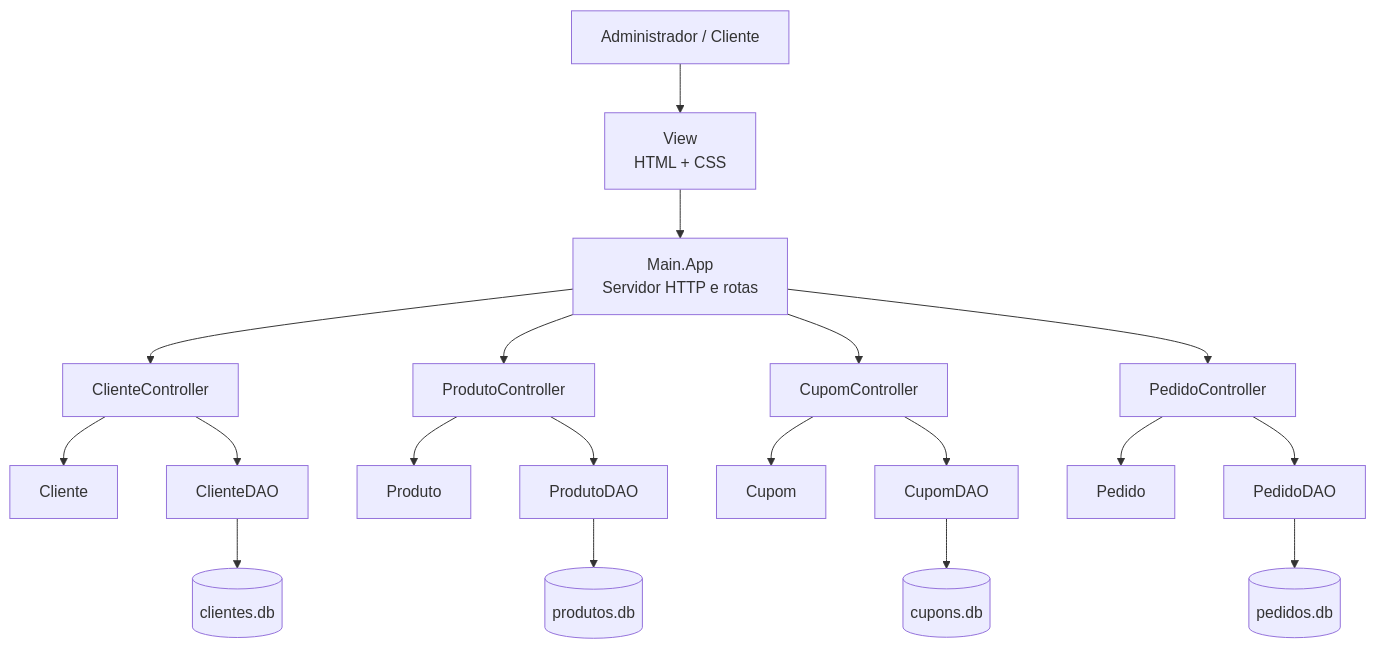
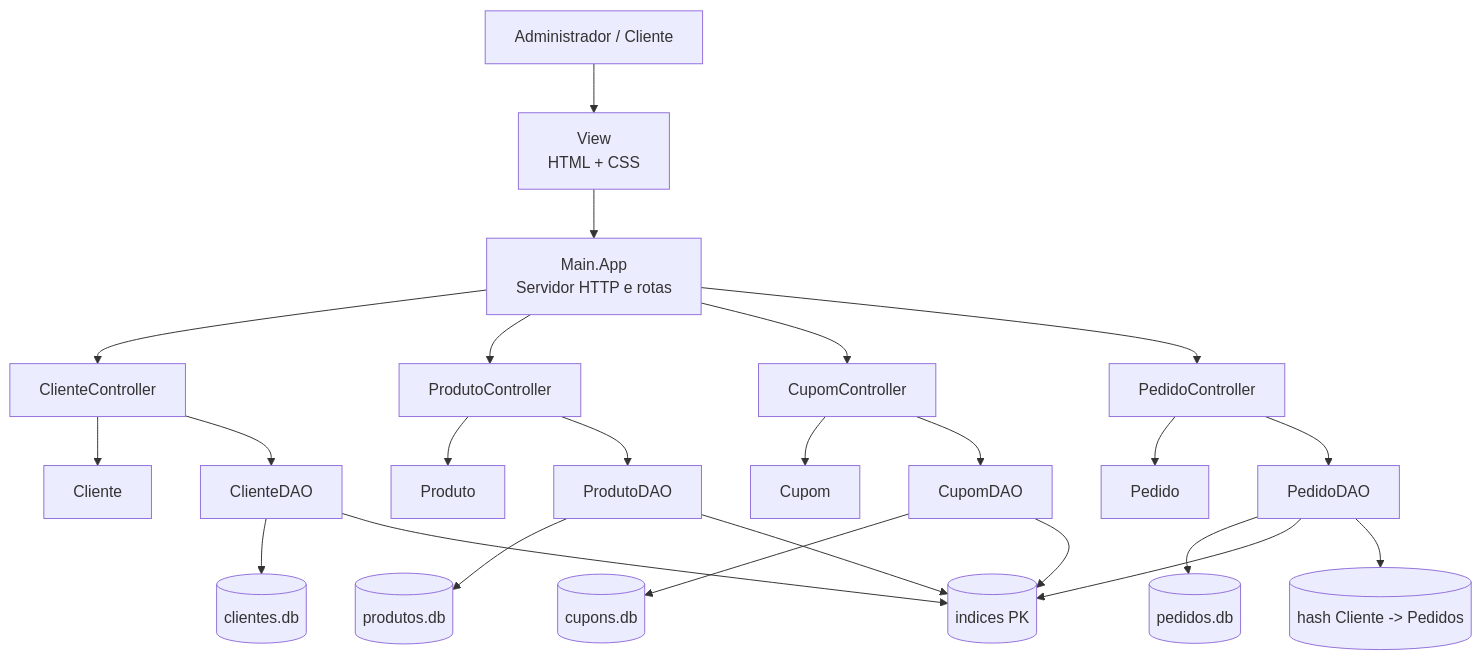
One commit to lucaszanfa/Tp-Aedes3 changed the third of 3 diagrams in docs/DocumentacaoCompleta.md. Above: the diagram before and after it, drawn with Mermaid. The commit also changed other lines of this file and 13 other files, not shown here.

````diff
--- a/docs/DocumentacaoCompleta.md
+++ b/docs/DocumentacaoCompleta.md
@@ -137,25 +138,30 @@
 ```mermaid
 flowchart TD
     U[Administrador / Cliente] --> V[View<br/>HTML + CSS]
     V --> A[Main.App<br/>Servidor HTTP e rotas]
 
     A --> CC[ClienteController]
     A --> PC[ProdutoController]
     A --> CuC[CupomController]
     A --> PeC[PedidoController]
 
     CC --> M1[Cliente]
     PC --> M2[Produto]
     CuC --> M3[Cupom]
     PeC --> M4[Pedido]
 
     CC --> D1[ClienteDAO]
     PC --> D2[ProdutoDAO]
     CuC --> D3[CupomDAO]
     PeC --> D4[PedidoDAO]
 
     D1 --> F1[(clientes.db)]
     D2 --> F2[(produtos.db)]
     D3 --> F3[(cupons.db)]
     D4 --> F4[(pedidos.db)]
+    D1 --> I1[(indices PK)]
+    D2 --> I1
+    D3 --> I1
+    D4 --> I1
+    D4 --> R1[(hash Cliente -> Pedidos)]
 ```
````
